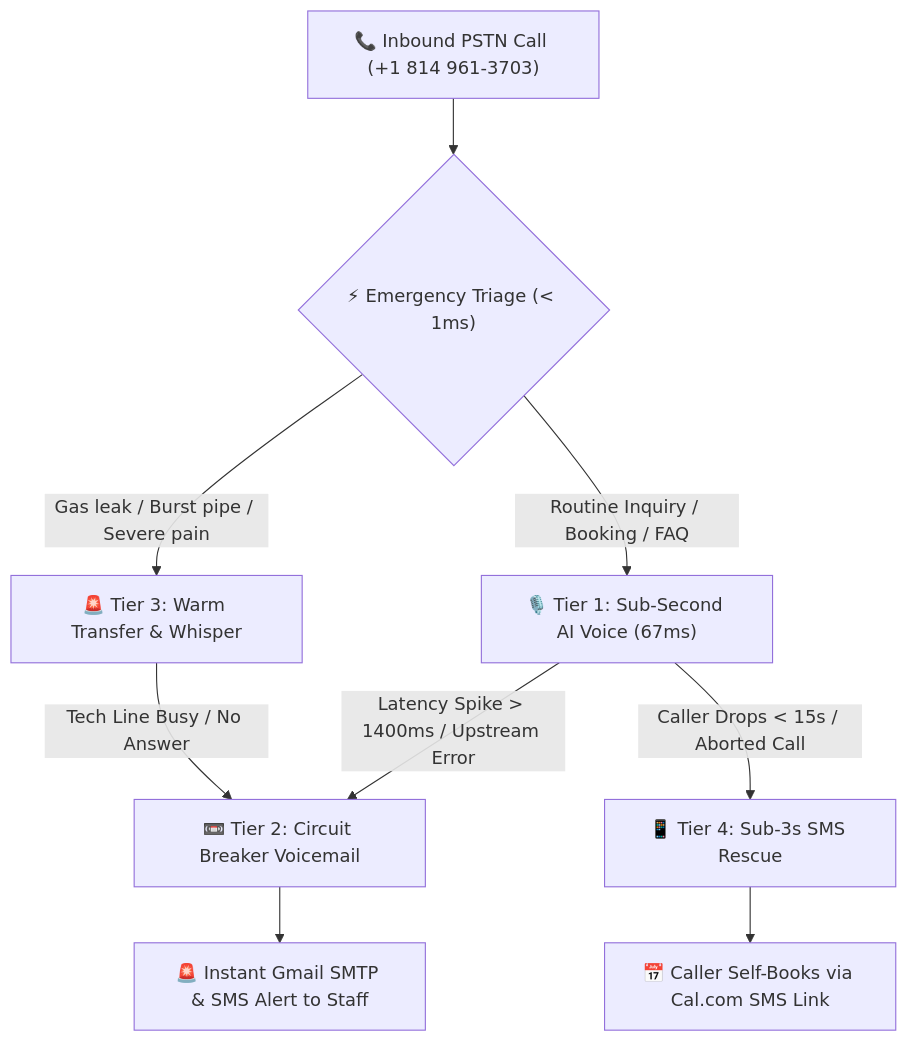
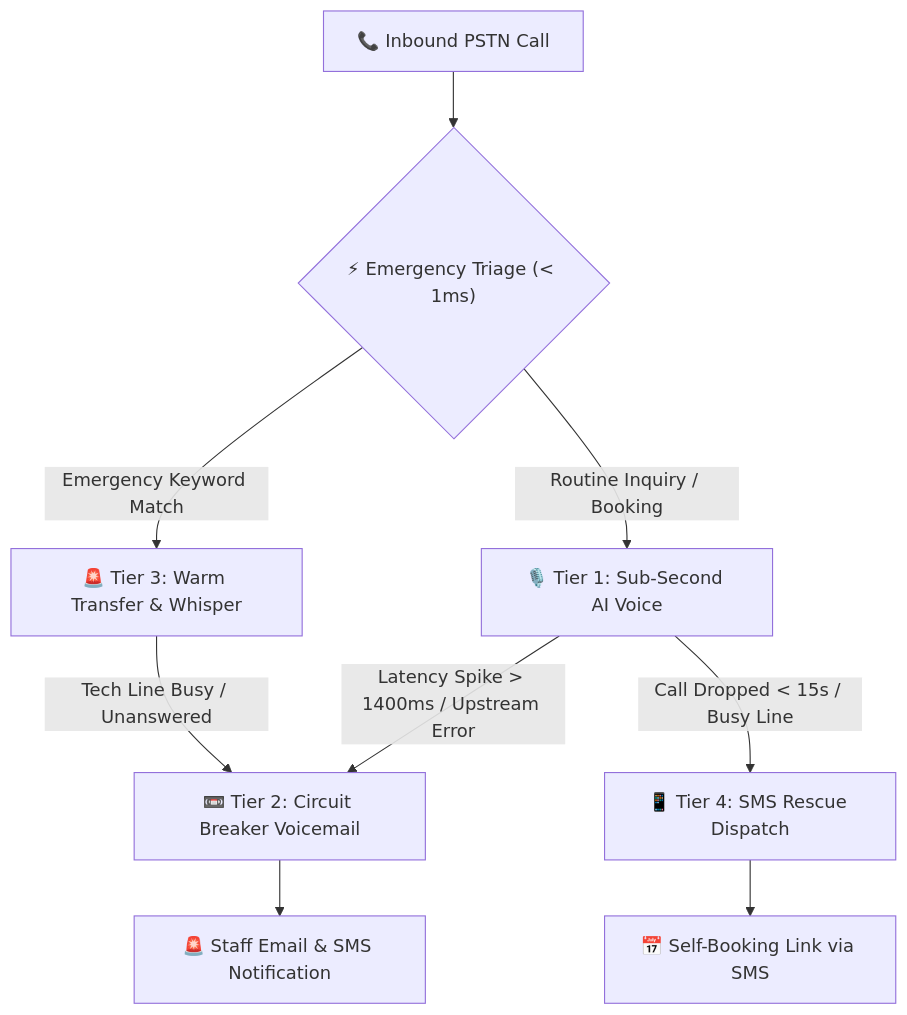
The diagram in README.md (Sam-CodesAI/VaniEdge-Voice-Platform), drawn with Mermaid before and after one commit. The commit also changed other lines of this file and 45 other files, not shown here.

````diff
--- a/README.md
+++ b/README.md
@@ -45,14 +49,14 @@
 ```mermaid
 flowchart TD
-    Inbound["📞 Inbound PSTN Call (+1 814 961-3703)"] --> Triage{"⚡ Emergency Triage (< 1ms)"}
+    Inbound["📞 Inbound PSTN Call"] --> Triage{"⚡ Emergency Triage (< 1ms)"}
     
-    Triage -- "Gas leak / Burst pipe / Severe pain" --> Tier3["🚨 Tier 3: Warm Transfer & Whisper"]
-    Triage -- "Routine Inquiry / Booking / FAQ" --> Tier1["🎙️ Tier 1: Sub-Second AI Voice (67ms)"]
+    Triage -- "Emergency Keyword Match" --> Tier3["🚨 Tier 3: Warm Transfer & Whisper"]
+    Triage -- "Routine Inquiry / Booking" --> Tier1["🎙️ Tier 1: Sub-Second AI Voice"]
     
     Tier1 -- "Latency Spike > 1400ms / Upstream Error" --> Tier2["📼 Tier 2: Circuit Breaker Voicemail"]
-    Tier1 -- "Caller Drops < 15s / Aborted Call" --> Tier4["📱 Tier 4: Sub-3s SMS Rescue"]
+    Tier1 -- "Call Dropped < 15s / Busy Line" --> Tier4["📱 Tier 4: SMS Rescue Dispatch"]
     
-    Tier3 -- "Tech Line Busy / No Answer" --> Tier2
-    Tier2 --> Alert["🚨 Instant Gmail SMTP & SMS Alert to Staff"]
-    Tier4 --> SelfBook["📅 Caller Self-Books via Cal.com SMS Link"]
+    Tier3 -- "Tech Line Busy / Unanswered" --> Tier2
+    Tier2 --> Alert["🚨 Staff Email & SMS Notification"]
+    Tier4 --> SelfBook["📅 Self-Booking Link via SMS"]
 ```
````
